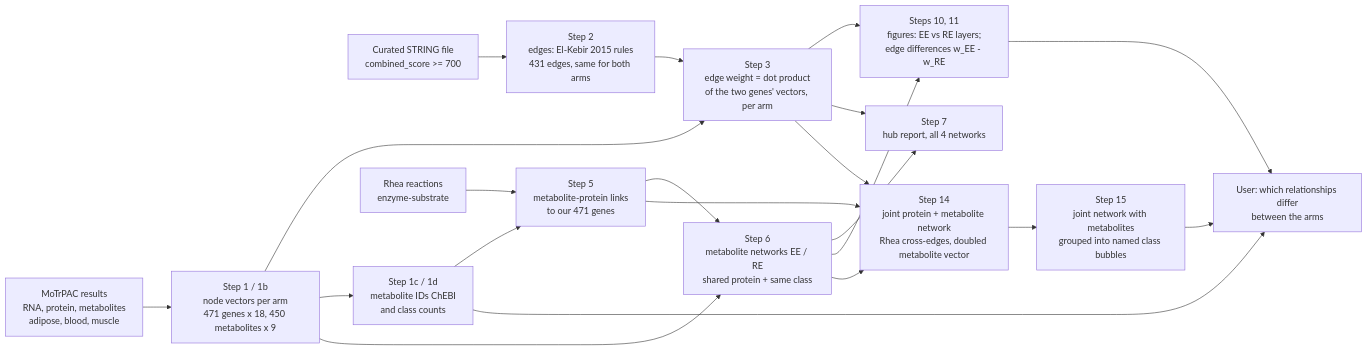
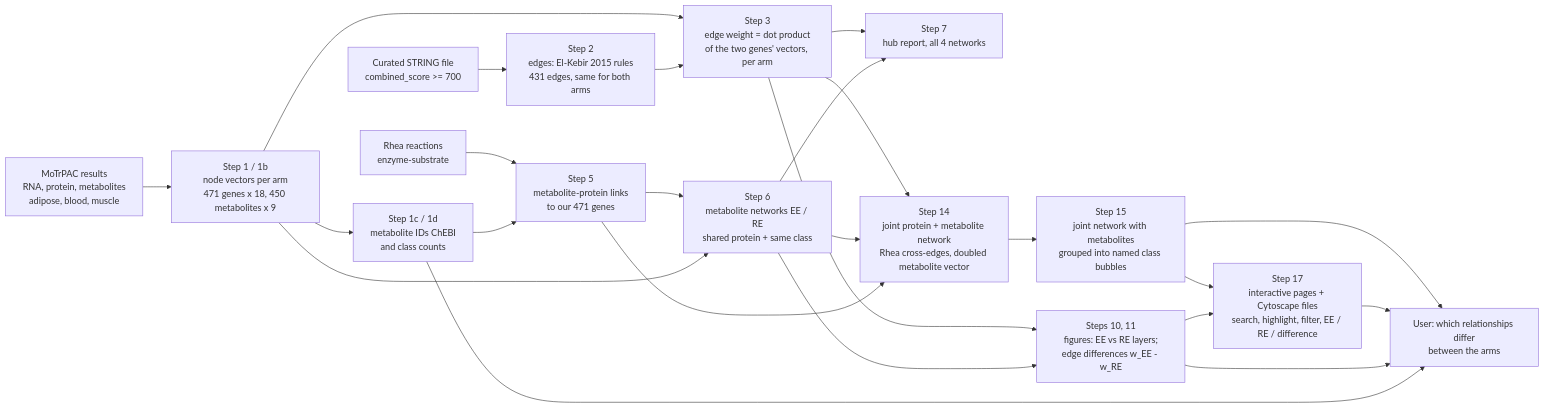
One commit to Stanford-Bioinformatics-Center/multiomics-hackathon-2026-track-1 changed the diagram in network/README.md. Above: the diagram before and after it, drawn with Mermaid. The commit also changed other lines of this file and 3 other files, not shown here.

First line of the commit message:
Step 17: interactive navigable networks (joint, gene, metabolite) + Cytoscape files

````diff
--- a/network/README.md
+++ b/network/README.md
@@ -43,23 +43,26 @@
 ```mermaid
 flowchart LR
   A[MoTrPAC results<br/>RNA, protein, metabolites<br/>adipose, blood, muscle] --> B[Step 1 / 1b<br/>node vectors per arm<br/>471 genes x 18, 450 metabolites x 9]
   S[Curated STRING file<br/>combined_score >= 700] --> C[Step 2<br/>edges: El-Kebir 2015 rules<br/>431 edges, same for both arms]
   B --> D[Step 3<br/>edge weight = dot product<br/>of the two genes' vectors, per arm]
   C --> D
   B --> F[Step 1c / 1d<br/>metabolite IDs ChEBI<br/>and class counts]
   D --> P[Steps 10, 11<br/>figures: EE vs RE layers;<br/>edge differences w_EE - w_RE]
   R[Rhea reactions<br/>enzyme-substrate] --> G[Step 5<br/>metabolite-protein links<br/>to our 471 genes]
   F --> G
   G --> H[Step 6<br/>metabolite networks EE / RE<br/>shared protein + same class]
   B --> H
   D --> K[Step 7<br/>hub report, all 4 networks]
   H --> K
   H --> P
   D --> J[Step 14<br/>joint protein + metabolite network<br/>Rhea cross-edges, doubled metabolite vector]
   H --> J
   G --> J
   J --> Q[Step 15<br/>joint network with metabolites<br/>grouped into named class bubbles]
   Q --> U
+  Q --> I[Step 17<br/>interactive pages + Cytoscape files<br/>search, highlight, filter, EE / RE / difference]
+  P --> I
+  I --> U
   P --> U[User: which relationships differ<br/>between the arms]
   F --> U
 ```
````
